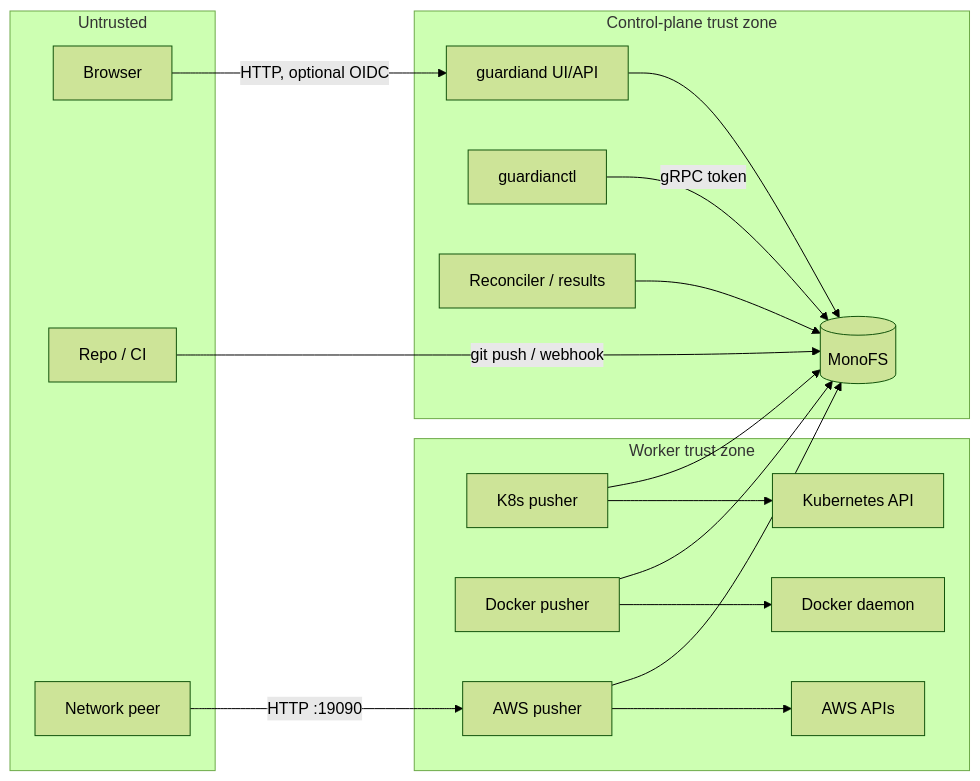
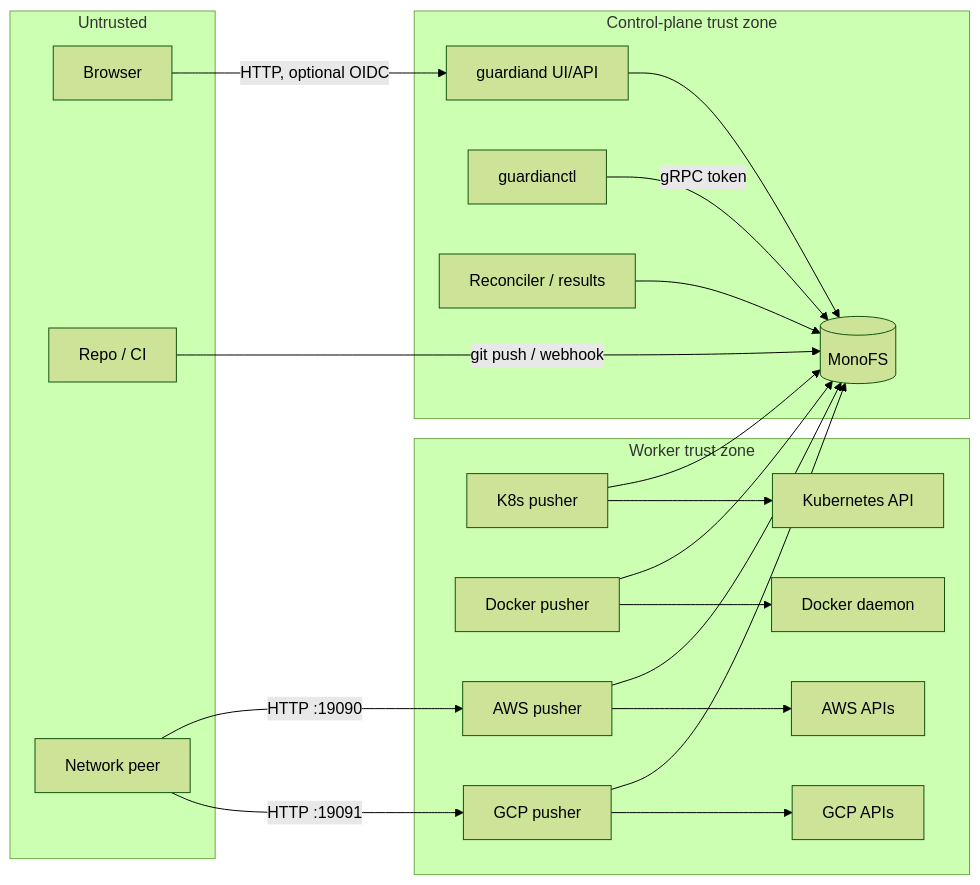
One commit to radryc/guardian changed the diagram in docs/security-architecture.md. Above: the diagram before and after it, drawn with Mermaid (forest theme). The commit also changed other lines of this file and 11 other files, not shown here.

First line of the commit message:
docs: fold forge and GCP pusher design into architecture docs

````diff
--- a/docs/security-architecture.md
+++ b/docs/security-architecture.md
@@ -42,37 +42,42 @@
 ```mermaid
 flowchart LR
     subgraph Untrusted
         B[Browser]
         CI[Repo / CI]
         NET[Network peer]
     end
 
     subgraph Control["Control-plane trust zone"]
         UI[guardiand UI/API]
         CLI[guardianctl]
         CP[Reconciler / results]
         MF[(MonoFS)]
     end
 
     subgraph Worker["Worker trust zone"]
         K[K8s pusher]
         D[Docker pusher]
         A[AWS pusher]
+        G[GCP pusher]
         DB[Docker daemon]
         KAPI[Kubernetes API]
         AWS[AWS APIs]
+        GCP[GCP APIs]
     end
 
     B -->|HTTP, optional OIDC| UI
     CI -->|git push / webhook| MF
     NET -->|HTTP :19090| A
+    NET -->|HTTP :19091| G
     UI --> MF
     CLI -->|gRPC token| MF
     CP --> MF
     K --> MF
     D --> MF
     A --> MF
+    G --> MF
     D --> DB
     K --> KAPI
     A --> AWS
+    G --> GCP
 ```
````
